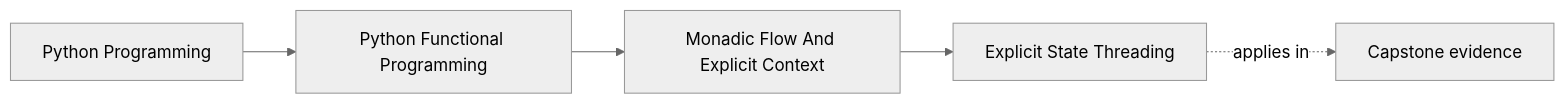
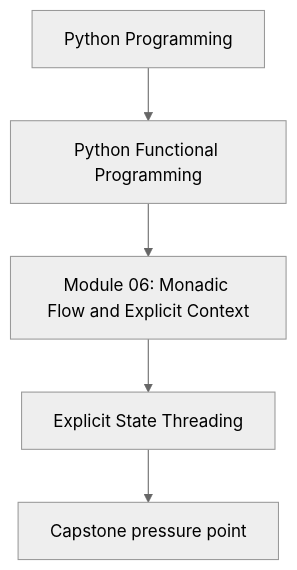
The first of 2 diagrams in programs/python-programming/python-functional-programming/course-book/module-06-monadic-flow-and-explicit-context/explicit-state-threading.md (bijux/bijux-masterclass), drawn with Mermaid (neutral theme) before and after one commit. The commit also changed other lines of this file and 118 other files, not shown here.

Commit message:
docs(python-functional-programming): align concept page diagrams

````diff
--- a/programs/python-programming/python-functional-programming/course-book/module-06-monadic-flow-and-explicit-context/explicit-state-threading.md
+++ b/programs/python-programming/python-functional-programming/course-book/module-06-monadic-flow-and-explicit-context/explicit-state-threading.md
@@ -7,11 +7,7 @@
 ```mermaid
-graph LR
-  family["Python Programming"]
-  program["Python Functional Programming"]
-  section["Monadic Flow And Explicit Context"]
-  page["Explicit State Threading"]
-  capstone["Capstone evidence"]
-
-  family --> program --> section --> page
-  page -.applies in.-> capstone
+flowchart TD
+  family["Python Programming"] --> program["Python Functional Programming"]
+  program --> module["Module 06: Monadic Flow and Explicit Context"]
+  module --> concept["Explicit State Threading"]
+  concept --> capstone["Capstone pressure point"]
 ```
````
